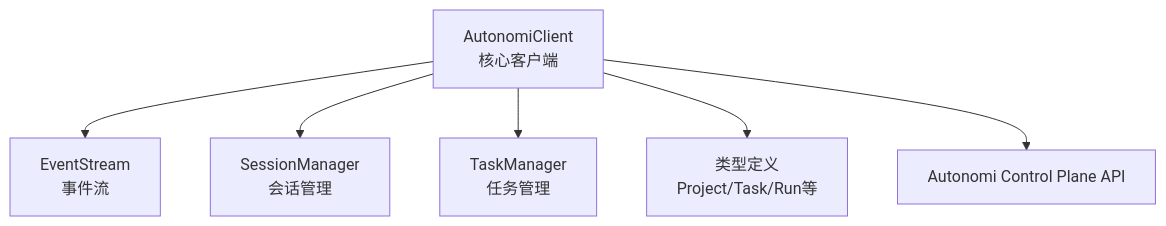
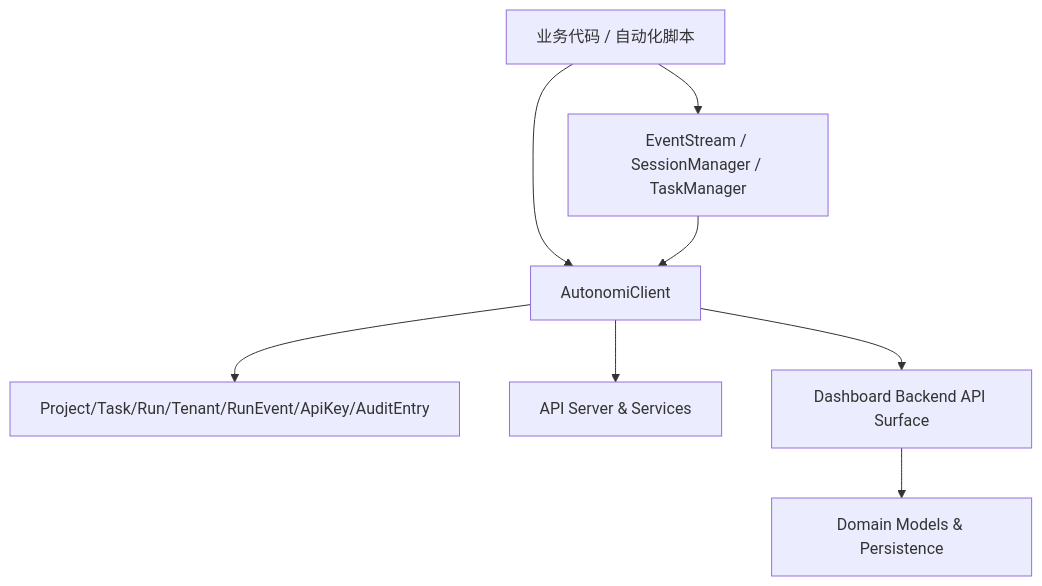
One commit to nerdneilsfield/code-wiki-pages changed the first of 2 diagrams in public/loki-mode-docs/Python SDK.md. Above: the diagram before and after it, drawn with Mermaid. The commit also changed other lines of this file and 399 other files, not shown here.

````diff
--- a/public/loki-mode-docs/Python SDK.md
+++ b/public/loki-mode-docs/Python SDK.md
@@ -19,16 +15,13 @@
 ```mermaid
 graph TB
-    AutonomiClient[AutonomiClient<br/>核心客户端]
-    EventStream[EventStream<br/>事件流]
-    SessionManager[SessionManager<br/>会话管理]
-    TaskManager[TaskManager<br/>任务管理]
-    Types[类型定义<br/>Project/Task/Run等]
-    
-    AutonomiClient --> EventStream
-    AutonomiClient --> SessionManager
-    AutonomiClient --> TaskManager
-    AutonomiClient --> Types
-    
-    API[Autonomi Control Plane API]
-    AutonomiClient --> API
+    App[业务代码 / 自动化脚本] --> Client[AutonomiClient]
+    App --> Managers[EventStream / SessionManager / TaskManager]
+
+    Managers --> Client
+    Client --> Types[Project/Task/Run/Tenant/RunEvent/ApiKey/AuditEntry]
+
+    Client --> API1[API Server & Services]
+    Client --> API2[Dashboard Backend API Surface]
+
+    API2 --> Domain[Domain Models & Persistence]
 ```
````
